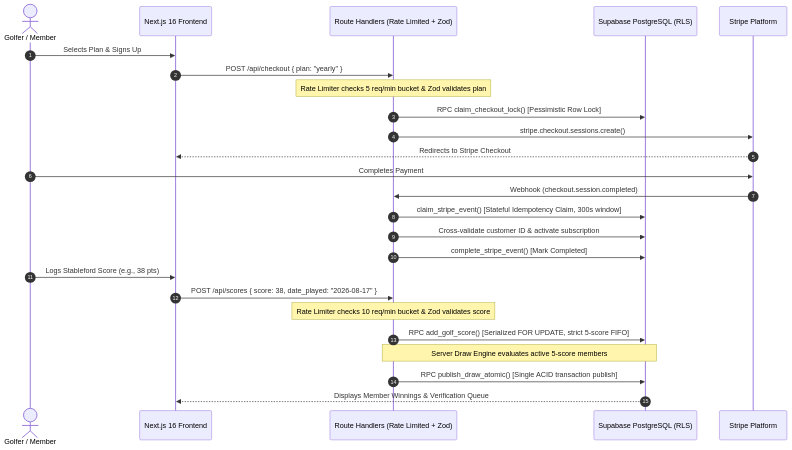
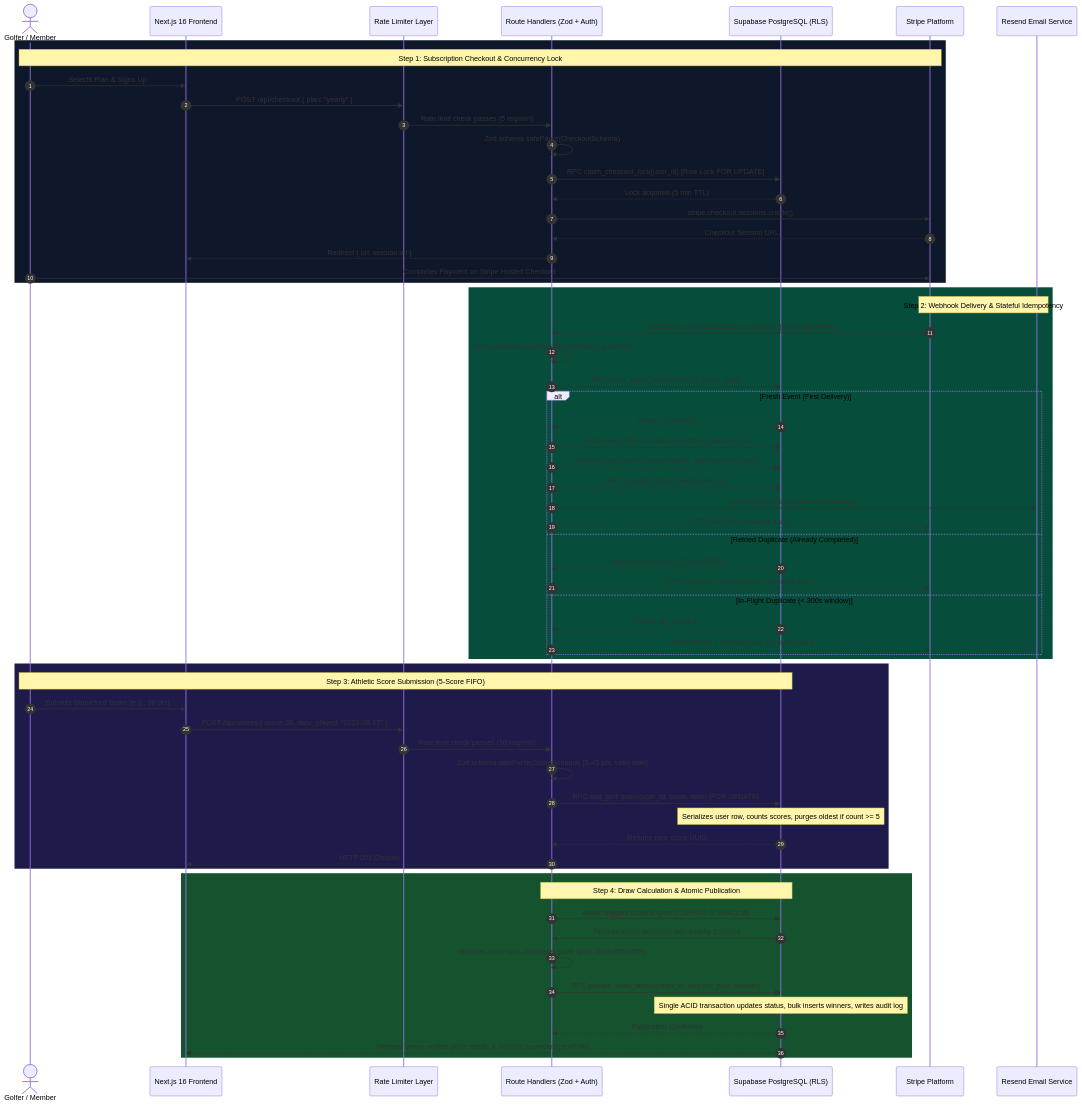
The second of 5 diagrams in README.md (Sekhar01807/Golf-Platform), drawn with Mermaid before and after one commit. The commit also changed other lines of this file, not shown here.

Commit message:
docs(architecture): upgrade system diagrams to multi-tier Mermaid and elevate README specifications

````diff
--- a/README.md
+++ b/README.md
@@ -68,28 +146,73 @@
 ```mermaid
 sequenceDiagram
     autonumber
     actor Member as Golfer / Member
     participant UI as Next.js 16 Frontend
-    participant API as Route Handlers (Rate Limited + Zod)
+    participant RL as Rate Limiter Layer
+    participant API as Route Handlers (Zod + Auth)
     participant DB as Supabase PostgreSQL (RLS)
     participant Stripe as Stripe Platform
+    participant Mailer as Resend Email Service
 
+    %% 1. Subscription Checkout Flow
+    rect rgb(15, 23, 42)
+    Note over Member, Stripe: Step 1: Subscription Checkout & Concurrency Lock
     Member->>UI: Selects Plan & Signs Up
-    UI->>API: POST /api/checkout { plan: "yearly" }
-    Note over API: Rate Limiter checks 5 req/min bucket & Zod validates plan
-    API->>DB: RPC claim_checkout_lock() [Pessimistic Row Lock]
+    UI->>RL: POST /api/checkout { plan: "yearly" }
+    RL->>API: Rate limit check passes (5 req/min)
+    API->>API: Zod schema safeParse(CheckoutSchema)
+    API->>DB: RPC claim_checkout_lock(user_id) [Row Lock FOR UPDATE]
+    DB-->>API: Lock acquired (5 min TTL)
     API->>Stripe: stripe.checkout.sessions.create()
-    Stripe-->>UI: Redirects to Stripe Checkout
-    Member->>Stripe: Completes Payment
-    Stripe->>API: Webhook (checkout.session.completed)
-    API->>DB: claim_stripe_event() [Stateful Idempotency Claim, 300s window]
-    API->>DB: Cross-validate customer ID & activate subscription
-    API->>DB: complete_stripe_event() [Mark Completed]
-    Member->>UI: Logs Stableford Score (e.g., 38 pts)
-    UI->>API: POST /api/scores { score: 38, date_played: "2026-08-17" }
-    Note over API: Rate Limiter checks 10 req/min bucket & Zod validates score
-    API->>DB: RPC add_golf_score() [Serialized FOR UPDATE, strict 5-score FIFO]
-    Note over API,DB: Server Draw Engine evaluates active 5-score members
-    API->>DB: RPC publish_draw_atomic() [Single ACID transaction publish]
-    DB-->>UI: Displays Member Winnings & Verification Queue
+    Stripe-->>API: Checkout Session URL
+    API-->>UI: Redirect { url: session.url }
+    Member->>Stripe: Completes Payment on Stripe Hosted Checkout
+    end
+
+    %% 2. Stateful Webhook Execution
+    rect rgb(6, 78, 59)
+    Note over Stripe, Mailer: Step 2: Webhook Delivery & Stateful Idempotency
+    Stripe->>API: Webhook (checkout.session.completed) [stripe-signature]
+    API->>API: stripe.webhooks.constructEvent(body, sig, secret)
+    API->>DB: RPC claim_stripe_event(event_id, event_type)
+    alt Fresh Event (First Delivery)
+        DB-->>API: Status: 'CLAIMED'
+        API->>DB: Fetch user profile & cross-check stripe_customer_id
+        API->>DB: UPDATE public.users (status='active', plan='yearly', dates)
+        API->>DB: RPC complete_stripe_event(event_id)
+        API->>Mailer: sendEmail() [Subscription Confirmation]
+        API-->>Stripe: HTTP 200 OK { received: true }
+    else Retried Duplicate (Already Completed)
+        DB-->>API: Status: 'DUPLICATE_COMPLETED'
+        API-->>Stripe: HTTP 200 OK { received: true, duplicate: true }
+    else In-Flight Duplicate (< 300s window)
+        DB-->>API: Status: 'IN_FLIGHT'
+        API-->>Stripe: HTTP 200 OK { received: true, in_flight: true }
+    end
+    end
+
+    %% 3. Score Entry Flow
+    rect rgb(30, 27, 75)
+    Note over Member, DB: Step 3: Athletic Score Submission (5-Score FIFO)
+    Member->>UI: Submits Stableford Score (e.g., 38 pts)
+    UI->>RL: POST /api/scores { score: 38, date_played: "2026-08-17" }
+    RL->>API: Rate limit check passes (10 req/min)
+    API->>API: Zod schema safeParse(ScoreSchema) [1-45 pts, valid date]
+    API->>DB: RPC add_golf_score(user_id, score, date) [FOR UPDATE]
+    Note over DB: Serializes user row, counts scores, purges oldest if count >= 5
+    DB-->>API: Returns new score UUID
+    API-->>UI: HTTP 201 Created
+    end
+
+    %% 4. Monthly Draw & Publication
+    rect rgb(20, 83, 45)
+    Note over API, DB: Step 4: Draw Calculation & Atomic Publication
+    API->>DB: Admin triggers Draw Engine (CSPRNG or SHA-256)
+    DB->>API: Fetches active members with exactly 5 scores
+    API->>API: Matches score sets, calculates prize splits (40%/35%/25%)
+    API->>DB: RPC publish_draw_atomic(draw_id, winners_json, rollover)
+    Note over DB: Single ACID transaction updates status, bulk inserts winners, writes audit log
+    DB-->>API: Publication Confirmed
+    DB-->>UI: Member views verified prize results & submits scorecard proof URL
+    end
 ```
````
